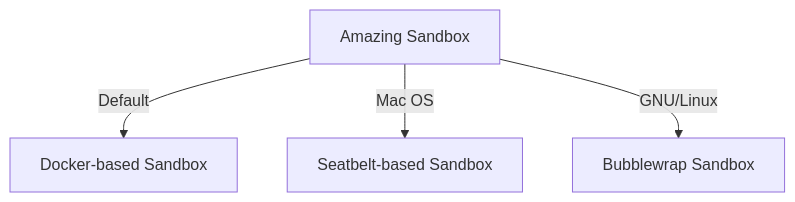
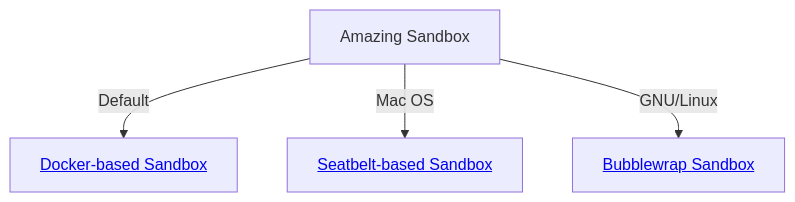
The diagram in README.md (ashishb/amazing-sandbox), drawn with Mermaid before and after one commit. The commit also changed other lines of this file, not shown here.

Commit message:
Enhance README with clickable links and formatting (#114)
Updated links in the README to be clickable and improved formatting.

````diff
--- a/README.md
+++ b/README.md
@@ -16,6 +12,6 @@
 ```mermaid
 graph TD
-    AS[Amazing Sandbox] -->|Default| D[Docker-based Sandbox]
-    AS -->|Mac OS| S[Seatbelt-based Sandbox]
-    AS -->|GNU/Linux| B[Bubblewrap Sandbox]
+    AS[Amazing Sandbox] -->|Default| D[<a href='https://ashishb.net/programming/docker-101/'>Docker-based Sandbox</a>]
+    AS -->|Mac OS| S[<a href='https://igorstechnoclub.com/sandbox-exec/'>Seatbelt-based Sandbox</a>]
+    AS -->|GNU/Linux| B[<a href='https://github.com/containers/bubblewrap'>Bubblewrap Sandbox</a>]
 ```
````
